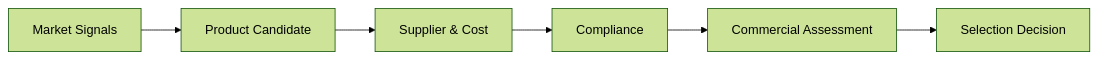
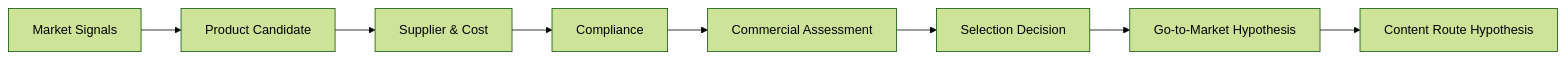
Before and after one commit to SONG-36/TK_Video_Intelligence_Workbench: the fifth of 7 diagrams in 02_DELIVERY_RELEASES.md, drawn with Mermaid (forest theme). The commit also changed other lines of this file and 9 other files, not shown here.

````diff
--- a/02_DELIVERY_RELEASES.md
+++ b/02_DELIVERY_RELEASES.md
@@ -90,11 +119,13 @@
 ```mermaid
 flowchart LR
     A[Market Signals]
     B[Product Candidate]
     C[Supplier & Cost]
     D[Compliance]
     E[Commercial Assessment]
     F[Selection Decision]
+    G[Go-to-Market Hypothesis]
+    H[Content Route Hypothesis]
 
-    A --> B --> C --> D --> E --> F
+    A --> B --> C --> D --> E --> F --> G --> H
 ```
````
